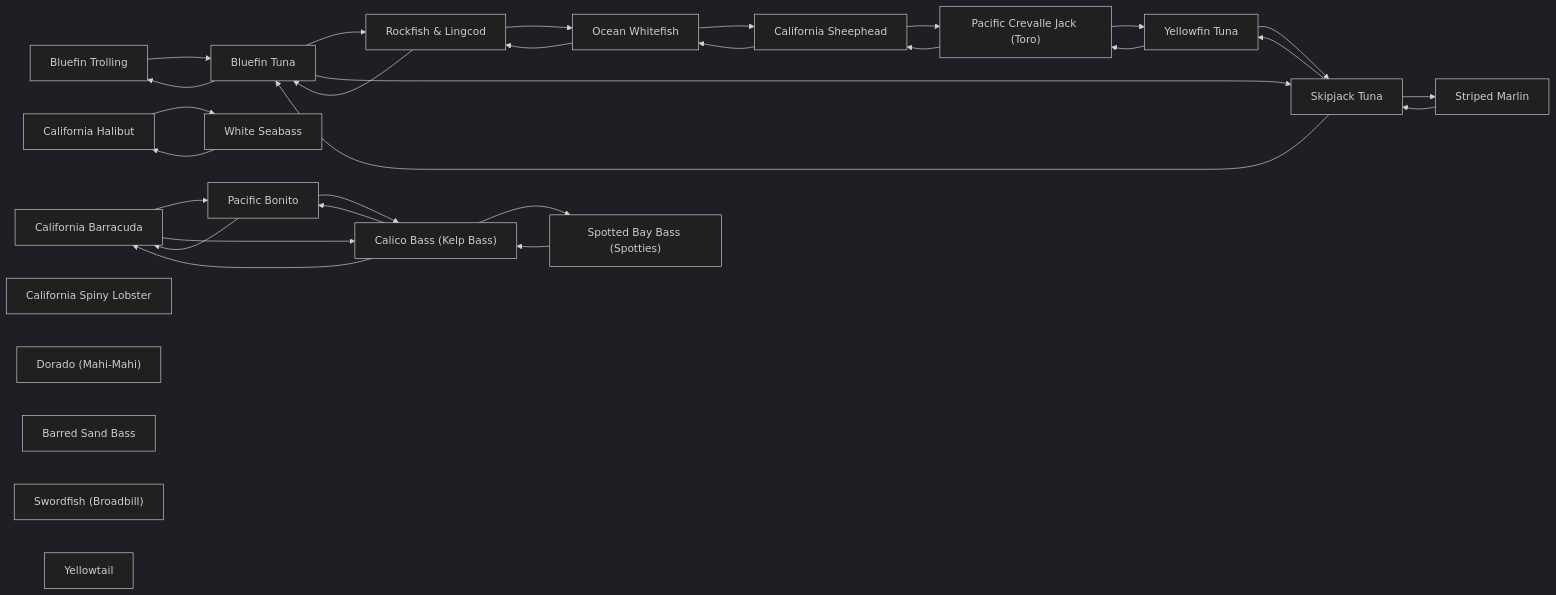
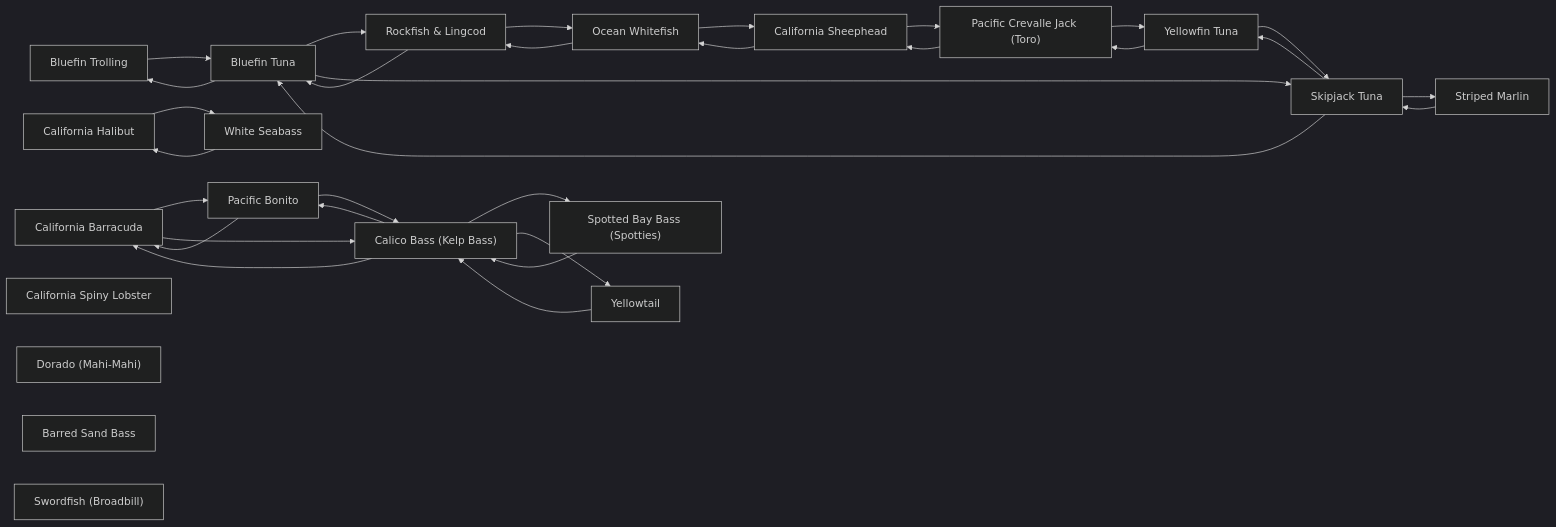
One commit to camchuckpete-max/Socal-Fishing-Knowledge changed the diagram in species/README.md. Above: the diagram before and after it, drawn with Mermaid (dark theme). The commit also changed 3 other files, not shown here.

````diff
--- a/species/README.md
+++ b/species/README.md
@@ -33,51 +33,53 @@
 ```mermaid
 graph LR
   n0["California Barracuda"]
   n1["Bluefin Trolling"]
   n2["Bluefin Tuna"]
   n3["Pacific Bonito"]
   n4["Calico Bass (Kelp Bass)"]
   n5["California Halibut"]
   n6["California Spiny Lobster"]
   n7["Dorado (Mahi-Mahi)"]
   n8["Ocean Whitefish"]
   n9["Pacific Crevalle Jack (Toro)"]
   n10["Rockfish & Lingcod"]
   n11["Barred Sand Bass"]
   n12["California Sheephead"]
   n13["Skipjack Tuna"]
   n14["Spotted Bay Bass (Spotties)"]
   n15["Striped Marlin"]
   n16["Swordfish (Broadbill)"]
   n17["White Seabass"]
   n18["Yellowfin Tuna"]
   n19["Yellowtail"]
   n0 --> n3
   n0 --> n4
   n1 --> n2
   n10 --> n2
   n10 --> n8
   n12 --> n8
   n12 --> n9
   n13 --> n15
   n13 --> n18
   n13 --> n2
   n14 --> n4
   n15 --> n13
   n17 --> n5
   n18 --> n13
   n18 --> n9
+  n19 --> n4
   n2 --> n1
   n2 --> n10
   n2 --> n13
   n3 --> n0
   n3 --> n4
   n4 --> n0
   n4 --> n14
+  n4 --> n19
   n4 --> n3
   n5 --> n17
   n8 --> n10
   n8 --> n12
   n9 --> n12
   n9 --> n18
 ```
````
